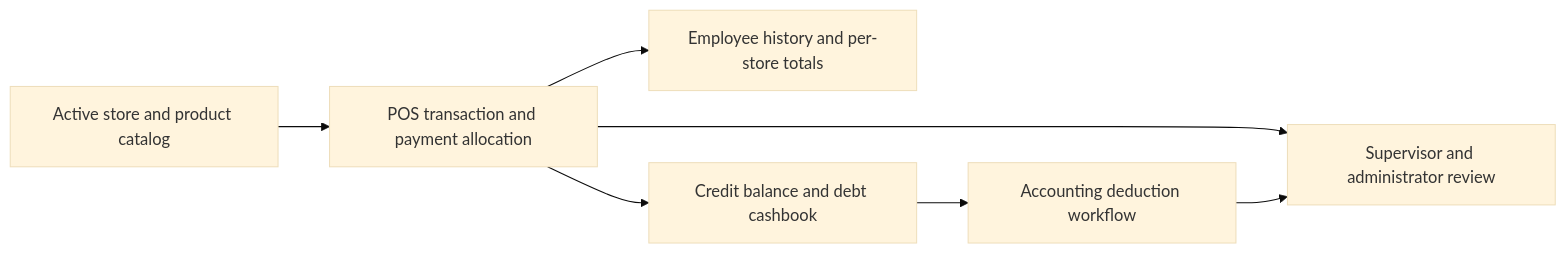
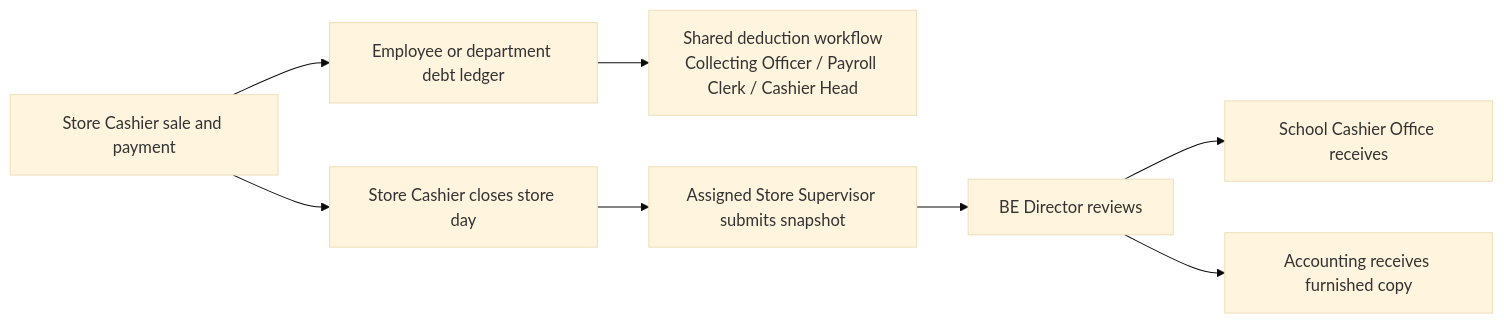
One commit to DonDon14/ibems-capstone changed the second of 2 diagrams in docs/system-hierarchy.md. Above: the diagram before and after it, drawn with Mermaid (base theme). The commit also changed other lines of this file and 462 other files, not shown here.

````diff
--- a/docs/system-hierarchy.md
+++ b/docs/system-hierarchy.md
@@ -23,16 +33,19 @@
 ```mermaid
 flowchart LR
-    CATALOG[Active store and product catalog]
-    POS[POS transaction and payment allocation]
-    HISTORY[Employee history and per-store totals]
-    DEBT[Credit balance and debt cashbook]
-    PAYROLL[Accounting deduction workflow]
-    AUDIT[Supervisor and administrator review]
+    POS[Store Cashier sale and payment]
+    DEBT[Employee or department debt ledger]
+    DEDUCT[Shared deduction workflow<br/>Collecting Officer / Payroll Clerk / Cashier Head]
+    CLOSE[Store Cashier closes store day]
+    SUBMIT[Assigned Store Supervisor submits snapshot]
+    REVIEW[BE Director reviews]
+    RECEIVE[School Cashier Office receives]
+    COPY[Accounting receives furnished copy]
 
-    CATALOG --> POS
-    POS --> HISTORY
     POS --> DEBT
-    DEBT --> PAYROLL
-    POS --> AUDIT
-    PAYROLL --> AUDIT
+    DEBT --> DEDUCT
+    POS --> CLOSE
+    CLOSE --> SUBMIT
+    SUBMIT --> REVIEW
+    REVIEW --> RECEIVE
+    REVIEW --> COPY
 ```
````
